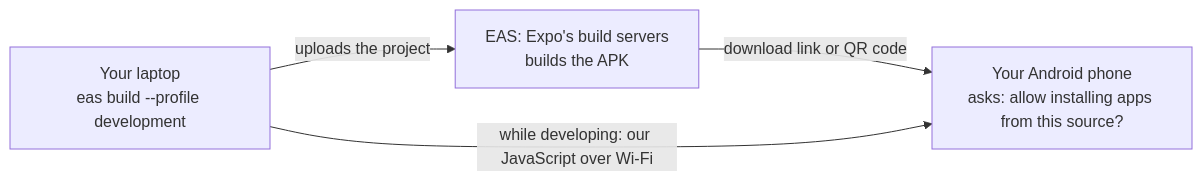
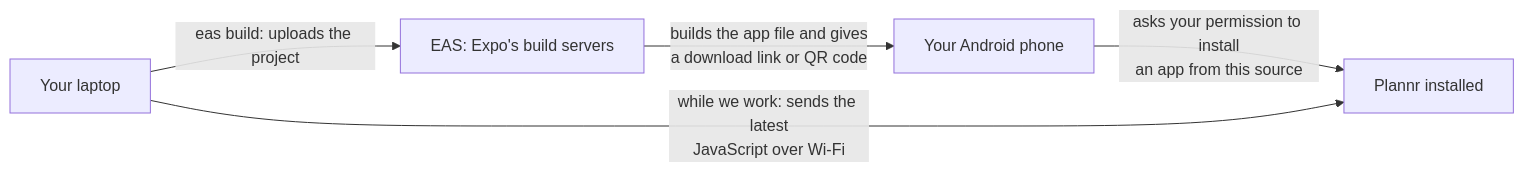
One commit to SunchokePasta/Plannr changed the tenth of 13 diagrams in docs/architecture.md. Above: the diagram before and after it, drawn with Mermaid. The commit also changed other lines of this file and 3 other files, not shown here.

First line of the commit message:
Rewrite the architecture page around a glossary and labelled steps

````diff
--- a/docs/architecture.md
+++ b/docs/architecture.md
@@ -370,6 +386,7 @@
 ```mermaid
 flowchart LR
-  laptop["Your laptop<br/>eas build --profile development"] -->|"uploads the project"| cloud["EAS: Expo's build servers<br/>builds the APK"]
-  cloud -->|"download link or QR code"| phone["Your Android phone<br/>asks: allow installing apps from this source?"]
-  laptop -->|"while developing: our JavaScript over Wi-Fi"| phone
+  laptop["Your laptop"] -->|"eas build: uploads the project"| cloud["EAS: Expo's build servers"]
+  cloud -->|"builds the app file and gives<br/>a download link or QR code"| phone["Your Android phone"]
+  phone -->|"asks your permission to install<br/>an app from this source"| installed["Plannr installed"]
+  laptop -->|"while we work: sends the latest<br/>JavaScript over Wi-Fi"| installed
 ```
````
